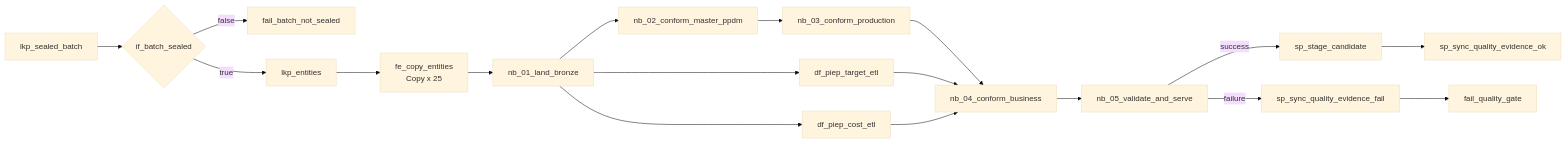
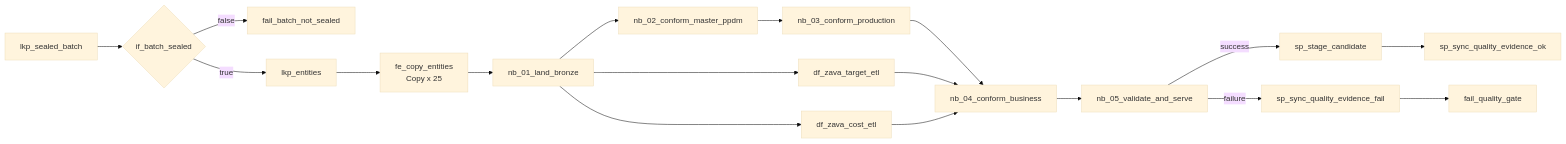
The first of 2 diagrams in demo tutorial/assets/fabric/pipelines/pipeline-activity-sheet.md (edhotp/Microsoft-Fabric-with-PPDM-Demo), drawn with Mermaid (base theme) before and after one commit. The commit also changed other lines of this file and 67 other files, not shown here.

First line of the commit message:
Rebrand demo from PIEP to Zava Energy

````diff
--- a/demo tutorial/assets/fabric/pipelines/pipeline-activity-sheet.md
+++ b/demo tutorial/assets/fabric/pipelines/pipeline-activity-sheet.md
@@ -24,20 +24,20 @@
 ```mermaid
 flowchart LR
     A[lkp_sealed_batch] --> B{if_batch_sealed}
     B -- false --> BX[fail_batch_not_sealed]
     B -- true --> C[lkp_entities]
     C --> D[fe_copy_entities<br/>Copy x 25]
     D --> E[nb_01_land_bronze]
     E --> F[nb_02_conform_master_ppdm]
     F --> G[nb_03_conform_production]
-    E --> H[df_piep_target_etl]
-    E --> I[df_piep_cost_etl]
+    E --> H[df_zava_target_etl]
+    E --> I[df_zava_cost_etl]
     G --> J[nb_04_conform_business]
     H --> J
     I --> J
     J --> K[nb_05_validate_and_serve]
     K -- success --> L[sp_stage_candidate]
     L --> M[sp_sync_quality_evidence_ok]
     K -- failure --> N[sp_sync_quality_evidence_fail]
     N --> O[fail_quality_gate]
 ```
````
